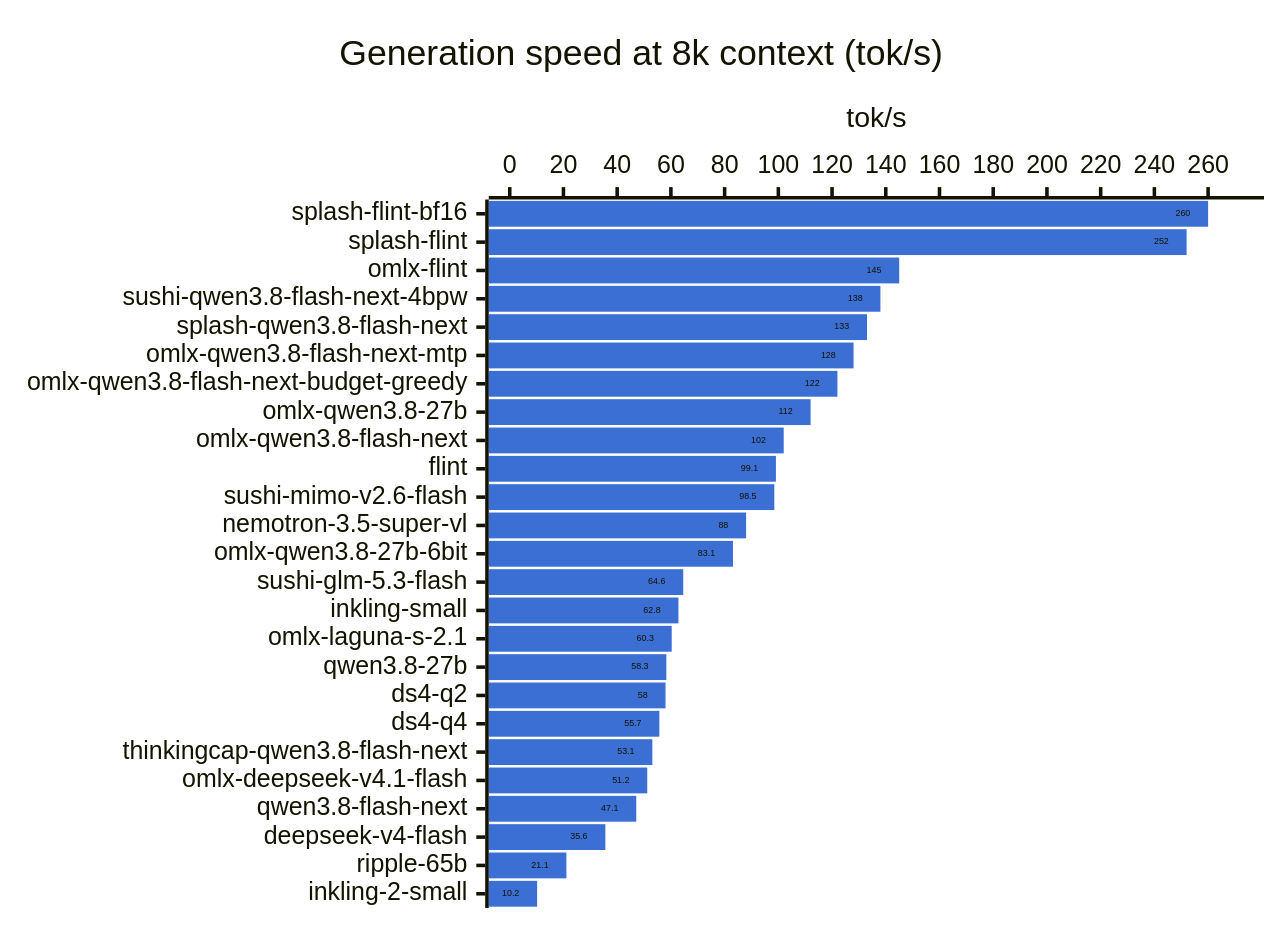
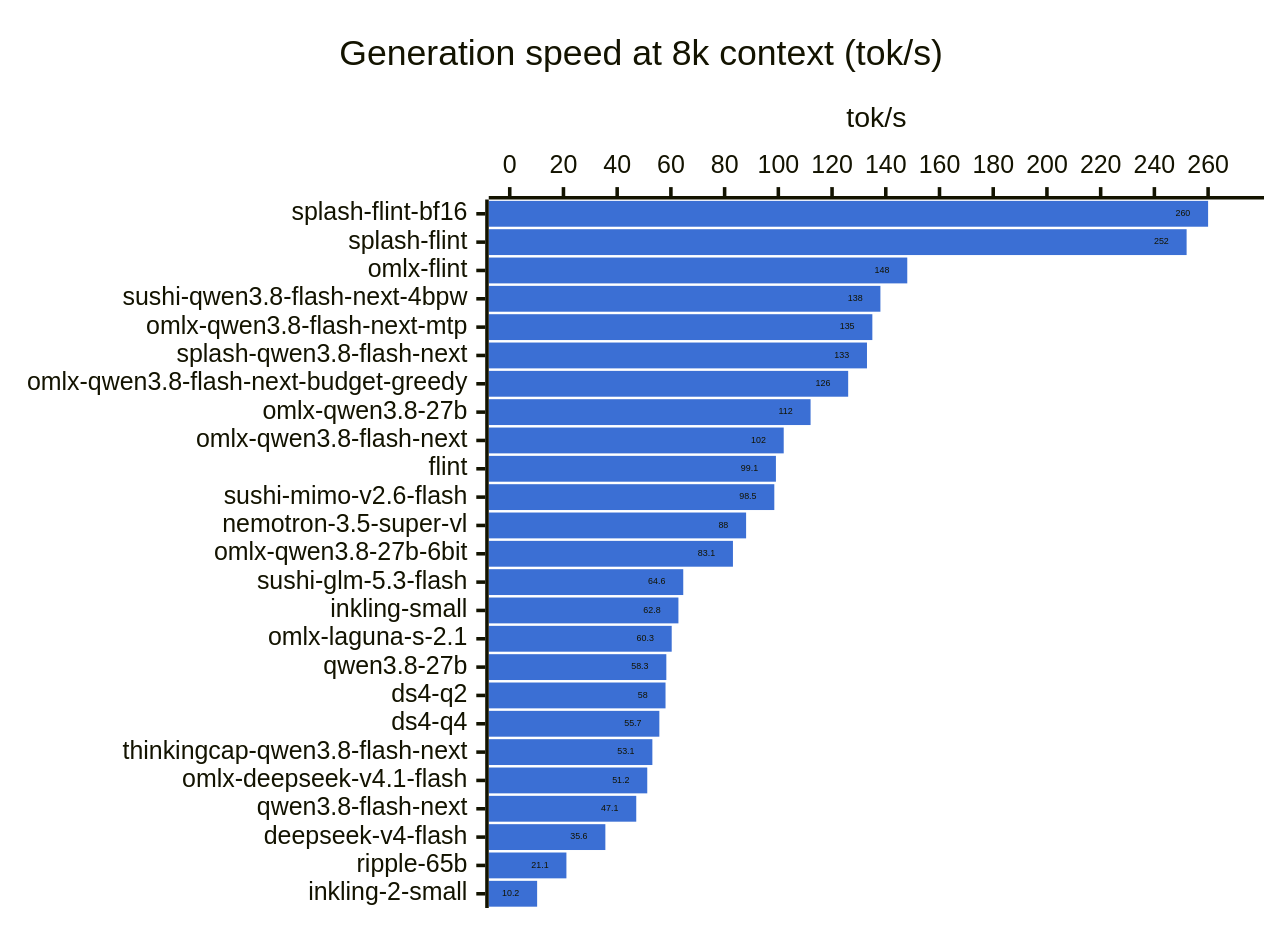
The second of 2 diagrams in RESULTS-mac.md (hofftodd/ai-bench), drawn with Mermaid before and after one commit. The commit also changed other lines of this file and 4 other files, not shown here.

````diff
--- a/RESULTS-mac.md
+++ b/RESULTS-mac.md
@@ -81,8 +81,8 @@
 ```mermaid
 %%{init: {"xyChart": {"showDataLabel": true}, "themeVariables": {"xyChart": {"plotColorPalette": "#3b6fd4"}}}}%%
 xychart-beta horizontal
     title "Generation speed at 8k context (tok/s)"
-    x-axis ["splash-flint-bf16", "splash-flint", "omlx-flint", "sushi-qwen3.8-flash-next-4bpw", "splash-qwen3.8-flash-next", "omlx-qwen3.8-flash-next-mtp", "omlx-qwen3.8-flash-next-budget-greedy", "omlx-qwen3.8-27b", "omlx-qwen3.8-flash-next", "flint", "sushi-mimo-v2.6-flash", "nemotron-3.5-super-vl", "omlx-qwen3.8-27b-6bit", "sushi-glm-5.3-flash", "inkling-small", "omlx-laguna-s-2.1", "qwen3.8-27b", "ds4-q2", "ds4-q4", "thinkingcap-qwen3.8-flash-next", "omlx-deepseek-v4.1-flash", "qwen3.8-flash-next", "deepseek-v4-flash", "ripple-65b", "inkling-2-small"]
+    x-axis ["splash-flint-bf16", "splash-flint", "omlx-flint", "sushi-qwen3.8-flash-next-4bpw", "omlx-qwen3.8-flash-next-mtp", "splash-qwen3.8-flash-next", "omlx-qwen3.8-flash-next-budget-greedy", "omlx-qwen3.8-27b", "omlx-qwen3.8-flash-next", "flint", "sushi-mimo-v2.6-flash", "nemotron-3.5-super-vl", "omlx-qwen3.8-27b-6bit", "sushi-glm-5.3-flash", "inkling-small", "omlx-laguna-s-2.1", "qwen3.8-27b", "ds4-q2", "ds4-q4", "thinkingcap-qwen3.8-flash-next", "omlx-deepseek-v4.1-flash", "qwen3.8-flash-next", "deepseek-v4-flash", "ripple-65b", "inkling-2-small"]
     y-axis "tok/s" 0 --> 273
-    bar [260.0, 252.0, 145.0, 138.0, 133.0, 128.0, 122.0, 112.0, 102.0, 99.1, 98.5, 88.0, 83.1, 64.6, 62.8, 60.3, 58.3, 58.0, 55.7, 53.1, 51.2, 47.1, 35.6, 21.1, 10.2]
+    bar [260.0, 252.0, 148.0, 138.0, 135.0, 133.0, 126.0, 112.0, 102.0, 99.1, 98.5, 88.0, 83.1, 64.6, 62.8, 60.3, 58.3, 58.0, 55.7, 53.1, 51.2, 47.1, 35.6, 21.1, 10.2]
 ```
````
